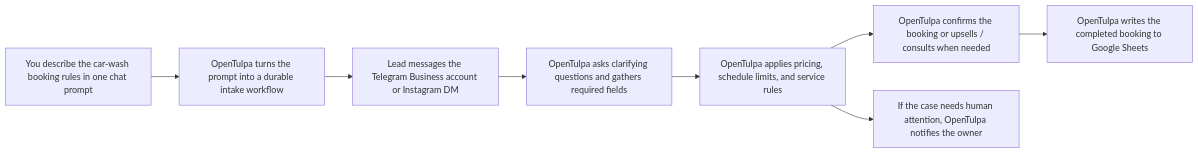
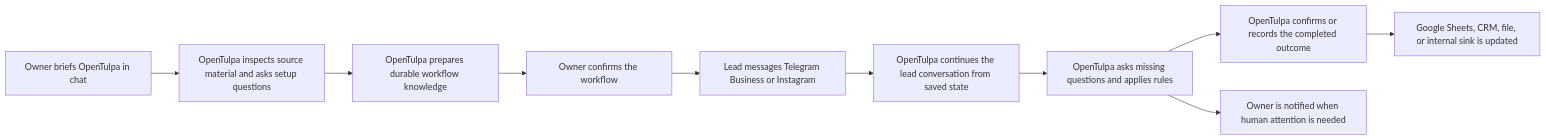
One commit to kvyb/opentulpa changed the diagram in README.md. Above: the diagram before and after it, drawn with Mermaid. The commit also changed other lines of this file, not shown here.

````diff
--- a/README.md
+++ b/README.md
@@ -104,10 +148,12 @@
 ```mermaid
 flowchart LR
-    A["You describe the car-wash booking rules in one chat prompt"] --> B["OpenTulpa turns the prompt into a durable intake workflow"]
-    B --> C["Lead messages the Telegram Business account or Instagram DM"]
-    C --> D["OpenTulpa asks clarifying questions and gathers required fields"]
-    D --> E["OpenTulpa applies pricing, schedule limits, and service rules"]
-    E --> F["OpenTulpa confirms the booking or upsells / consults when needed"]
-    F --> G["OpenTulpa writes the completed booking to Google Sheets"]
-    E --> H["If the case needs human attention, OpenTulpa notifies the owner"]
+    A["Owner briefs OpenTulpa in chat"] --> B["OpenTulpa inspects source material and asks setup questions"]
+    B --> C["OpenTulpa prepares durable workflow knowledge"]
+    C --> D["Owner confirms the workflow"]
+    D --> E["Lead messages Telegram Business or Instagram"]
+    E --> F["OpenTulpa continues the lead conversation from saved state"]
+    F --> G["OpenTulpa asks missing questions and applies rules"]
+    G --> H["OpenTulpa confirms or records the completed outcome"]
+    H --> I["Google Sheets, CRM, file, or internal sink is updated"]
+    G --> J["Owner is notified when human attention is needed"]
 ```
````
